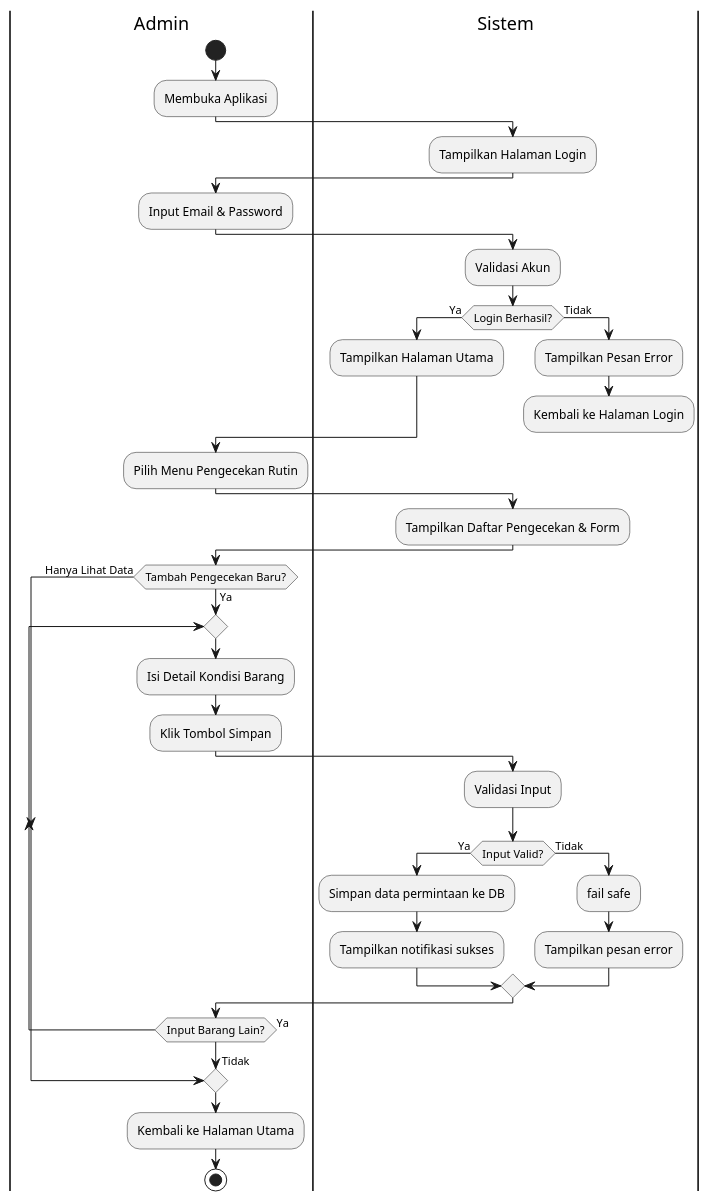
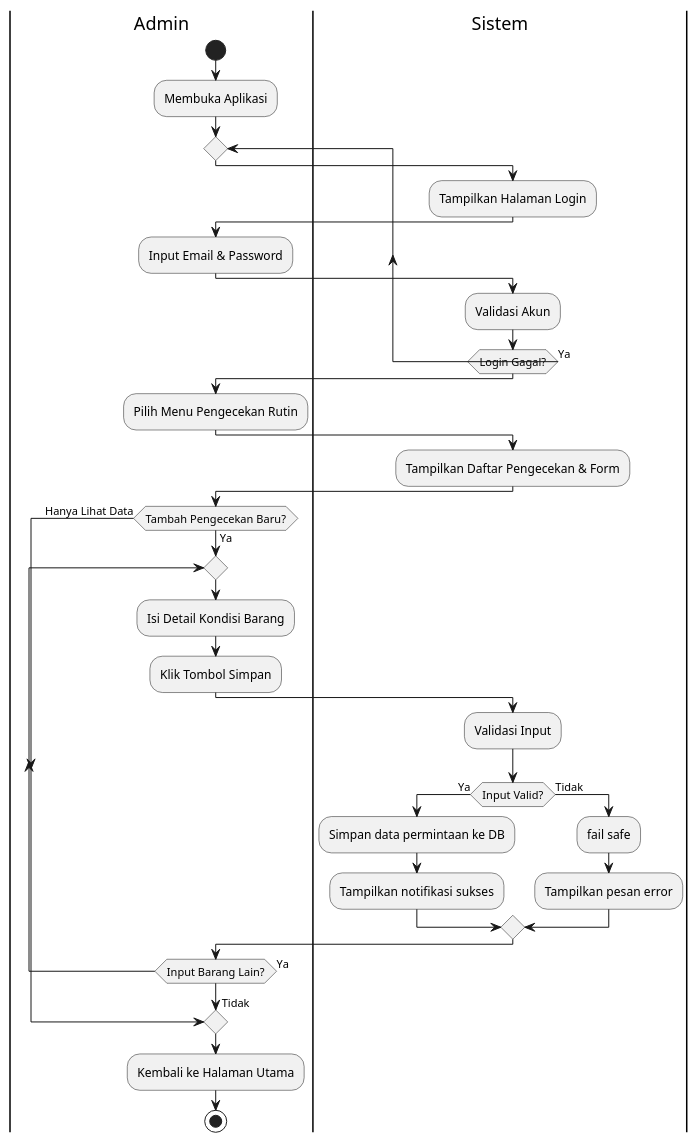
The diagram in Activity Diagram/activityPengecekanRutin.puml (Fannandya/diagramPABD), drawn with PlantUML before and after one commit.

Commit message:
membenarkan activity pengecekan rutin

```diff
--- a/Activity Diagram/activityPengecekanRutin.puml
+++ b/Activity Diagram/activityPengecekanRutin.puml
@@ -1,56 +1,53 @@
 @startuml activityPengecekanRutin
 
 |Admin|
 start
 :Membuka Aplikasi;
+
+repeat
 
 |Sistem|
 :Tampilkan Halaman Login;
 
 |Admin|
 :Input Email & Password;
 
 |Sistem|
 :Validasi Akun;
-if (Login Berhasil?) then (Ya)
-  :Tampilkan Halaman Utama;
-else (Tidak)
-  :Tampilkan Pesan Error;
-  :Kembali ke Halaman Login;
-  detach
-endif
+
+repeat while (Login Gagal?) is (Ya)
 
 |Admin|
 :Pilih Menu Pengecekan Rutin;
 
 |Sistem|
 :Tampilkan Daftar Pengecekan & Form;
 
 |Admin|
 if (Tambah Pengecekan Baru?) then (Ya)
   repeat
     |Admin|
     :Isi Detail Kondisi Barang;
     :Klik Tombol Simpan;
     
     |Sistem|
     :Validasi Input;
     if (Input Valid?) then (Ya)
       :Simpan data permintaan ke DB;
       :Tampilkan notifikasi sukses;
     else (Tidak)
       :fail safe;
       :Tampilkan pesan error;
     endif
     
     |Admin|
   repeat while (Input Barang Lain?) is (Ya)
   ->Tidak;
 else (Hanya Lihat Data)
 endif
 
 |Admin|
 :Kembali ke Halaman Utama;
 stop
 
 @enduml
```
